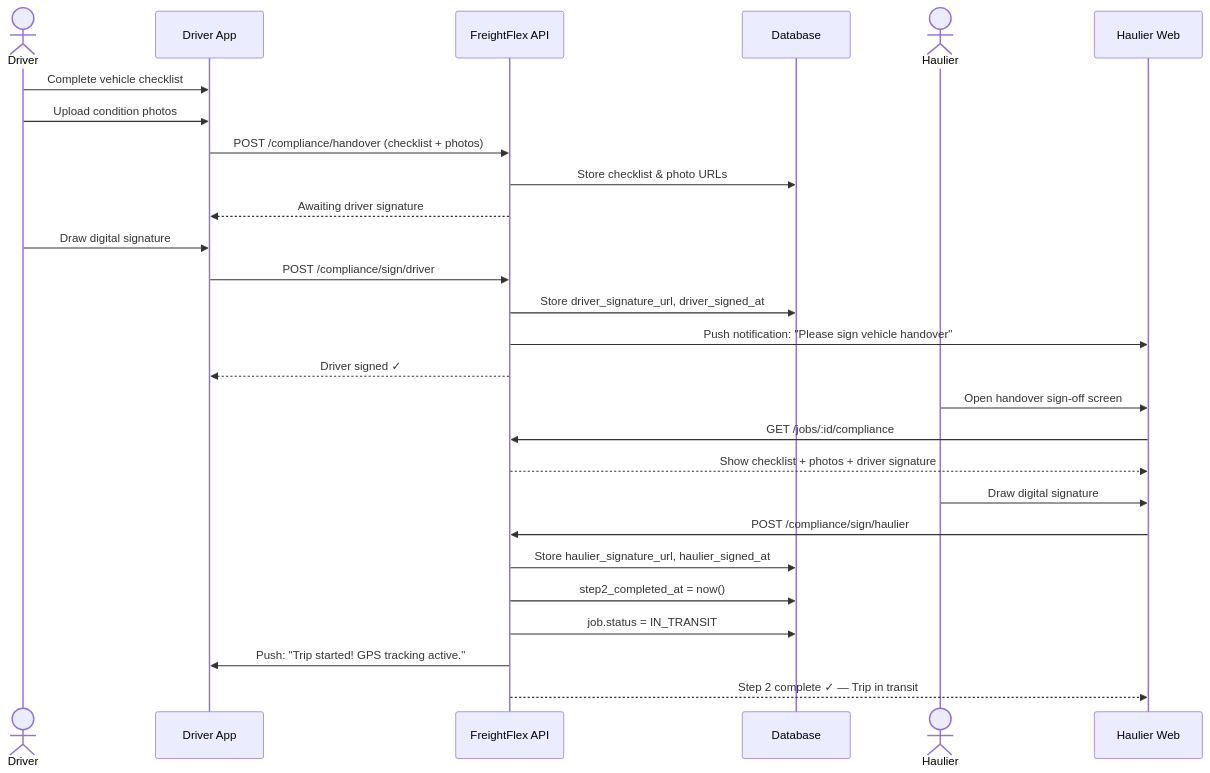
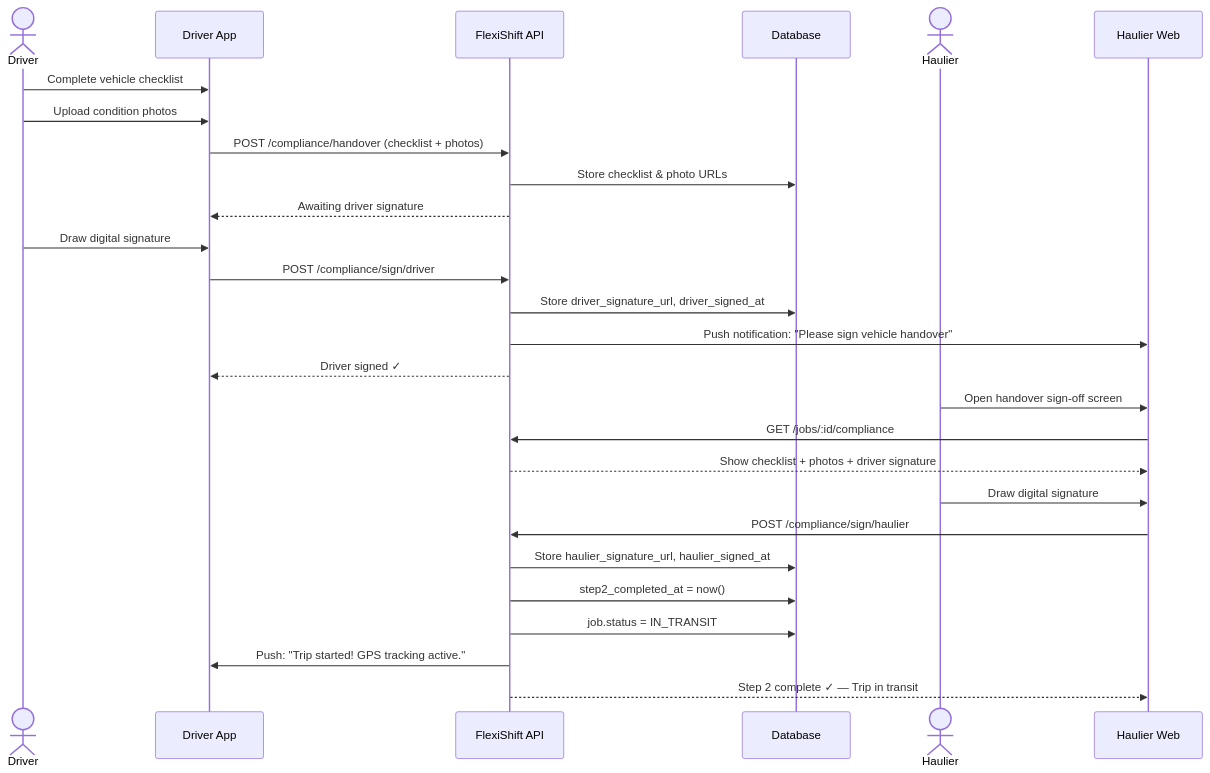
Before and after one commit to etsqr/flexishift: the second of 3 diagrams in docs/diagrams/07-compliance-workflow.md, drawn with Mermaid. The commit also changed other lines of this file and 104 other files, not shown here.

First line of the commit message:
feat: implement complete Stripe escrow payment release flow with multi-currency support

````diff
--- a/docs/diagrams/07-compliance-workflow.md
+++ b/docs/diagrams/07-compliance-workflow.md
@@ -69,32 +69,32 @@
 ```mermaid
 sequenceDiagram
     actor Driver
     participant App as Driver App
-    participant API as FreightFlex API
+    participant API as FlexiShift API
     participant DB as Database
     actor Haulier
     participant HWeb as Haulier Web
 
     Driver->>App: Complete vehicle checklist
     Driver->>App: Upload condition photos
     App->>API: POST /compliance/handover (checklist + photos)
     API->>DB: Store checklist & photo URLs
     API-->>App: Awaiting driver signature
 
     Driver->>App: Draw digital signature
     App->>API: POST /compliance/sign/driver
     API->>DB: Store driver_signature_url, driver_signed_at
     API->>HWeb: Push notification: "Please sign vehicle handover"
     API-->>App: Driver signed ✓
 
     Haulier->>HWeb: Open handover sign-off screen
     HWeb->>API: GET /jobs/:id/compliance
     API-->>HWeb: Show checklist + photos + driver signature
     Haulier->>HWeb: Draw digital signature
     HWeb->>API: POST /compliance/sign/haulier
     API->>DB: Store haulier_signature_url, haulier_signed_at
     API->>DB: step2_completed_at = now()
     API->>DB: job.status = IN_TRANSIT
     API->>App: Push: "Trip started! GPS tracking active."
     API-->>HWeb: Step 2 complete ✓ — Trip in transit
 ```
````
